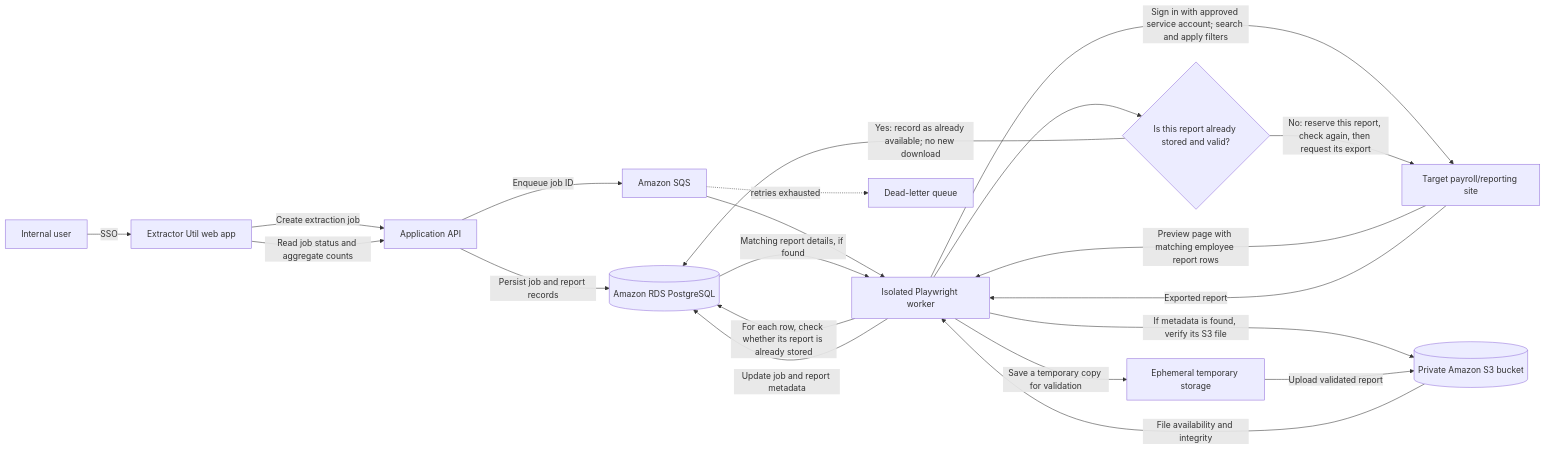
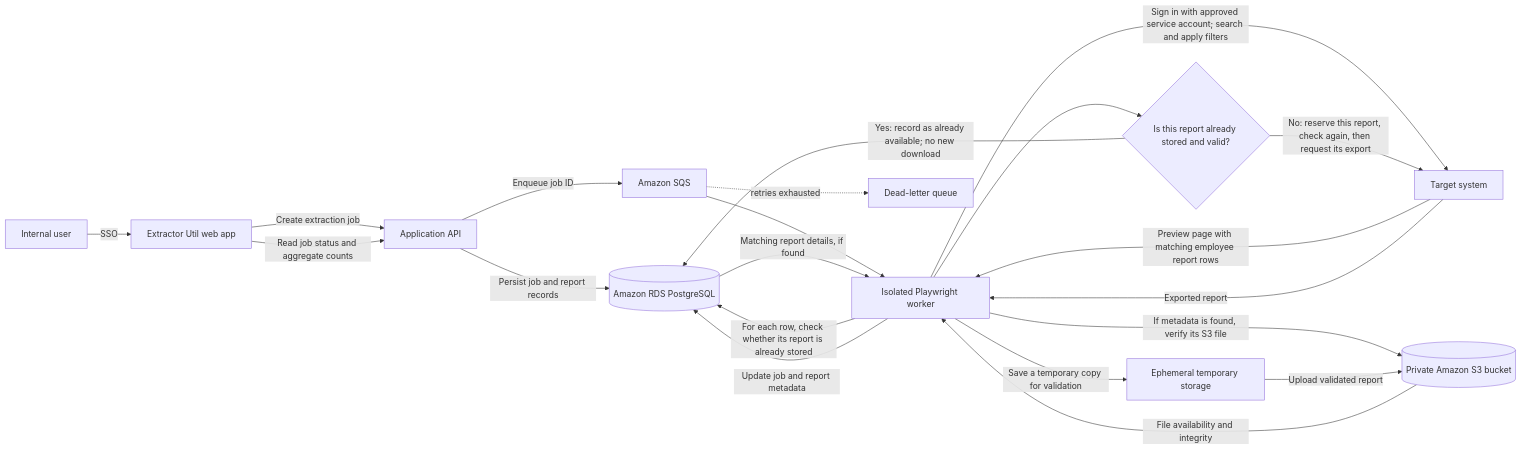
Before and after one commit to karthiks2k/extractor-util: the diagram in solution-design.md, drawn with Mermaid. The commit also changed other lines of this file, not shown here.

````diff
--- a/solution-design.md
+++ b/solution-design.md
@@ -33,23 +33,23 @@
 ```mermaid
 flowchart LR
     User[Internal user] -->|SSO| UI[Extractor Util web app]
     UI -->|Create extraction job| API[Application API]
     API -->|Persist job and report records| DB[(Amazon RDS PostgreSQL)]
     API -->|Enqueue job ID| Queue[Amazon SQS]
     Queue --> Worker[Isolated Playwright worker]
-    Worker -->|Sign in with approved service account; search and apply filters| Target[Target payroll/reporting site]
+    Worker -->|Sign in with approved service account; search and apply filters| Target[Target system]
     Target -->|Preview page with matching employee report rows| Worker
     Worker -->|For each row, check whether its report is already stored| DB
     DB -->|Matching report details, if found| Worker
     Worker -->|If metadata is found, verify its S3 file| S3[(Private Amazon S3 bucket)]
     S3 -->|File availability and integrity| Worker
     Worker --> StoredReport{Is this report already stored and valid?}
     StoredReport -->|Yes: record as already available; no new download| DB
     StoredReport -->|No: reserve this report, check again, then request its export| Target
     Target -->|Exported report| Worker
     Worker -->|Save a temporary copy for validation| Temp[Ephemeral temporary storage]
     Temp -->|Upload validated report| S3
     Worker -->|Update job and report metadata| DB
     UI -->|Read job status and aggregate counts| API
     Queue -. retries exhausted .-> DLQ[Dead-letter queue]
 ```
````
